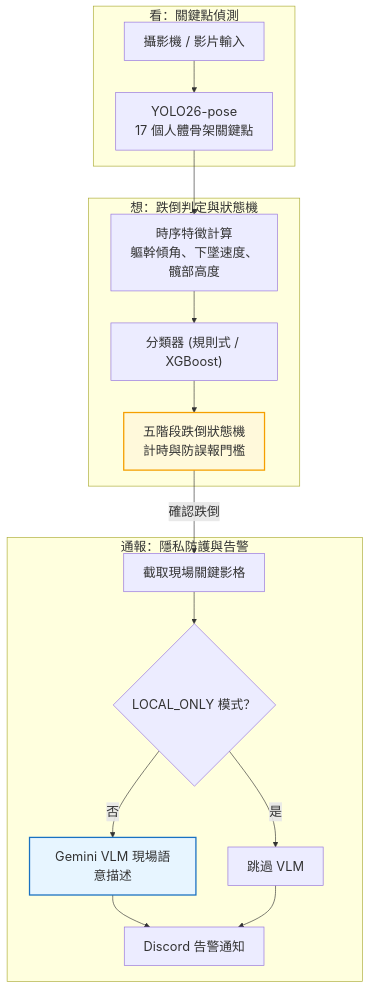
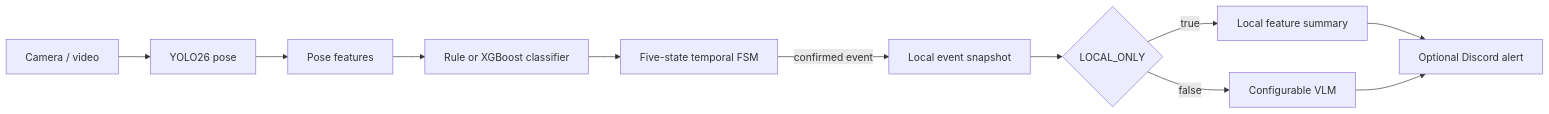
Before and after one commit to kuotunyu/fall-guard-cv: the diagram in README.md, drawn with Mermaid. The commit also changed other lines of this file and 6 other files, not shown here.

````diff
--- a/README.md
+++ b/README.md
@@ -33,25 +16,13 @@
 ```mermaid
-%%{init: {'themeVariables': {'fontSize': '20px'}}}%%
-flowchart TD
-    subgraph S1["看：關鍵點偵測"]
-        A["攝影機 / 影片輸入"] --> B["YOLO26-pose<br/>17 個人體骨架關鍵點"]
-    end
-
-    subgraph S2["想：跌倒判定與狀態機"]
-        B --> C["時序特徵計算<br/>軀幹傾角、下墜速度、髖部高度"]
-        C --> D["分類器 (規則式 / XGBoost)"]
-        D --> E["五階段跌倒狀態機<br/>計時與防誤報門檻"]
-    end
-
-    subgraph S3["通報：隱私防護與告警"]
-        E -->|確認跌倒| F["截取現場關鍵影格"]
-        F --> G{"LOCAL_ONLY 模式？"}
-        G -->|否| H["Gemini VLM 現場語意描述"]
-        G -->|是| I["跳過 VLM"]
-        H --> J["Discord 告警通知"]
-        I --> J
-    end
-
-    style E fill:#fff9db,stroke:#f59f00,stroke-width:2px
-    style H fill:#e7f5ff,stroke:#1971c2,stroke-width:2px
+flowchart LR
+    A[Camera / video] --> B[YOLO26 pose]
+    B --> C[Pose features]
+    C --> D[Rule or XGBoost classifier]
+    D --> E[Five-state temporal FSM]
+    E -->|confirmed event| F[Local event snapshot]
+    F --> G{LOCAL_ONLY}
+    G -->|true| H[Local feature summary]
+    G -->|false| I[Configurable VLM]
+    H --> J[Optional Discord alert]
+    I --> J
 ```
````
